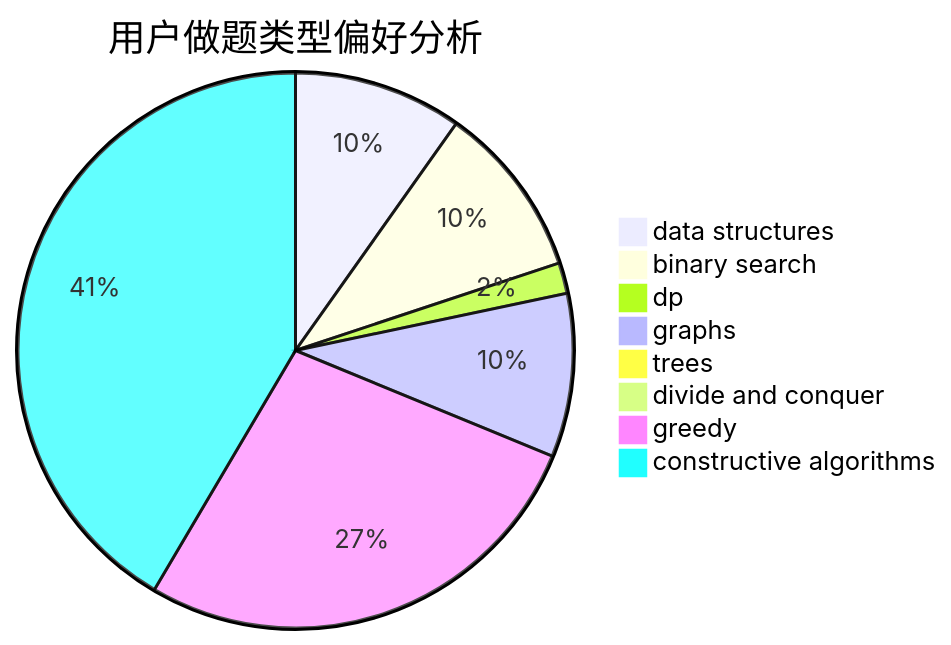
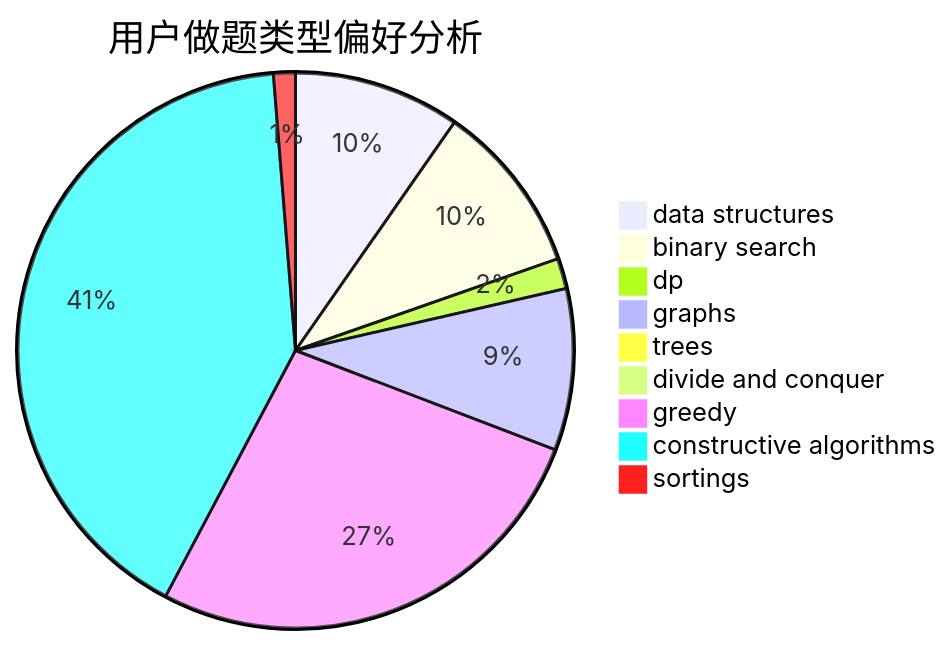
One commit to sherpahu/cfrs.github.io changed the second of 3 diagrams in docs/user/u1067.md. Above: the diagram before and after it, drawn with Mermaid. The commit also changed other lines of this file and 2769 other files, not shown here.

````diff
--- a/docs/user/u1067.md
+++ b/docs/user/u1067.md
@@ -23,11 +18,12 @@
 ```mermaid
 pie title 用户做题类型偏好分析
     "data structures" :  137
     "binary search" :  141
     "dp" :  25
     "graphs" :  133
     "trees" :  2
     "divide and conquer" :  0
     "greedy" :  381
     "constructive algorithms" :  580
+    "sortings" :  18
 ```
````
